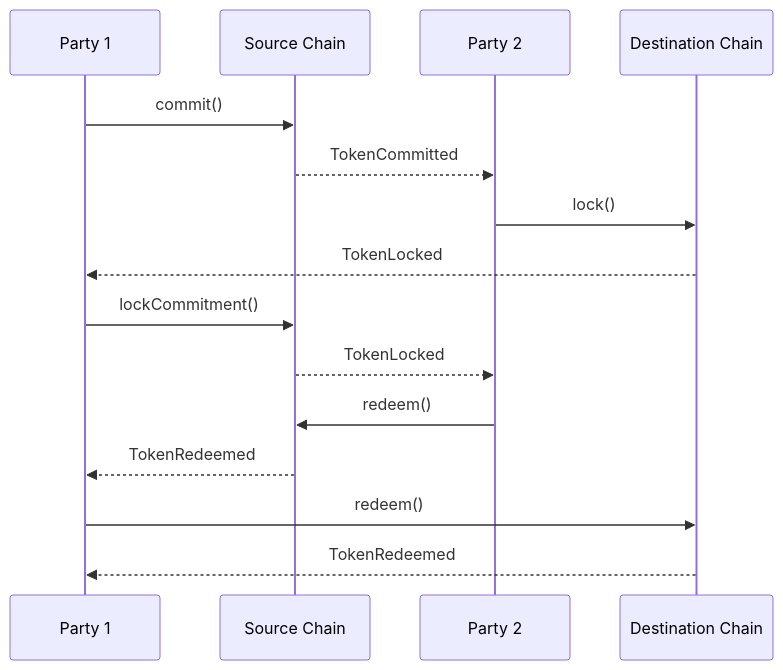
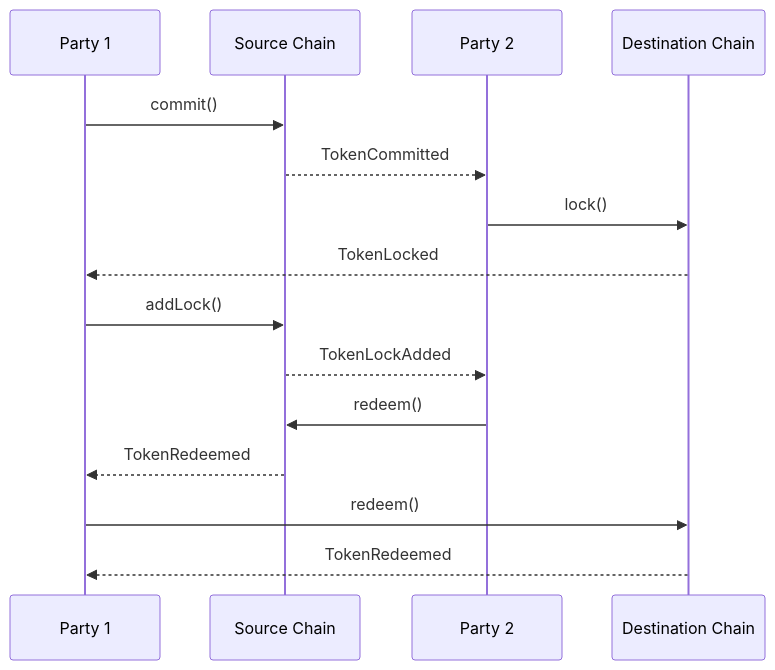
One commit to layerswap/layerswap-v8-docs changed the first of 4 diagrams in protocol-spec/edge-cases.mdx. Above: the diagram before and after it, drawn with Mermaid. The commit also changed other lines of this file and 3 other files, not shown here.

````diff
--- a/protocol-spec/edge-cases.mdx
+++ b/protocol-spec/edge-cases.mdx
@@ -11,19 +11,19 @@
 ```mermaid
 sequenceDiagram
     participant P1 as Party 1
     participant SC as Source Chain
     participant P2 as Party 2
     participant DC as Destination Chain
 
 	
     P1->>SC: commit()
     SC-->>P2: TokenCommitted
     P2->>DC: lock()
     DC-->>P1: TokenLocked
-    P1->>SC: lockCommitment()
-    SC-->>P2: TokenLocked
+    P1->>SC: addLock()
+    SC-->>P2: TokenLockAdded
     P2->>SC: redeem()
 	  SC-->>P1: TokenRedeemed
     P1->>DC: redeem()
     DC-->>P1: TokenRedeemed
 ```
````
